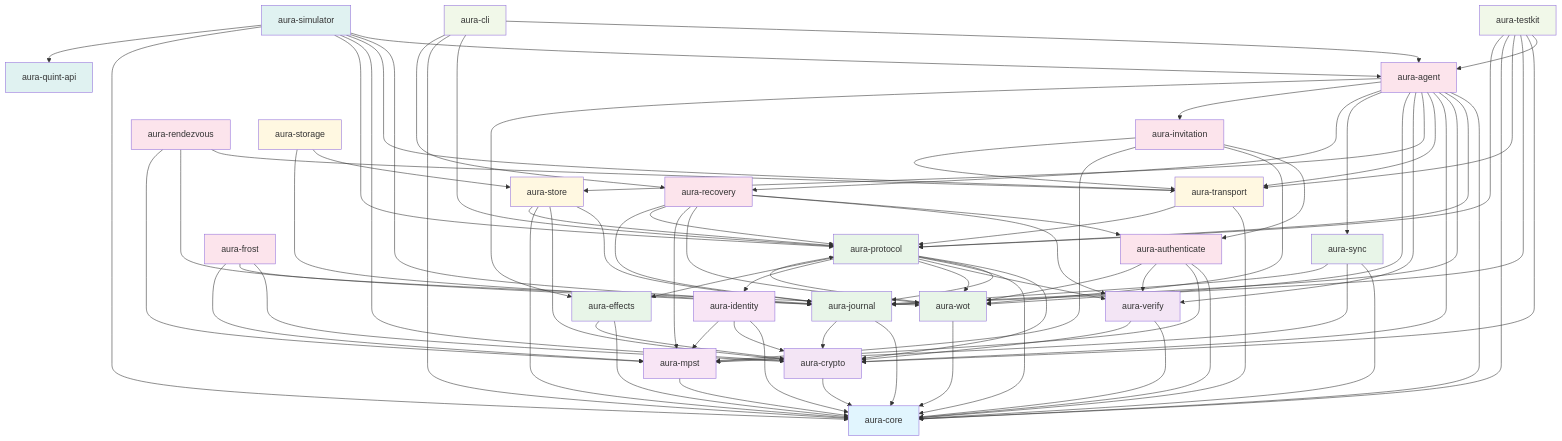
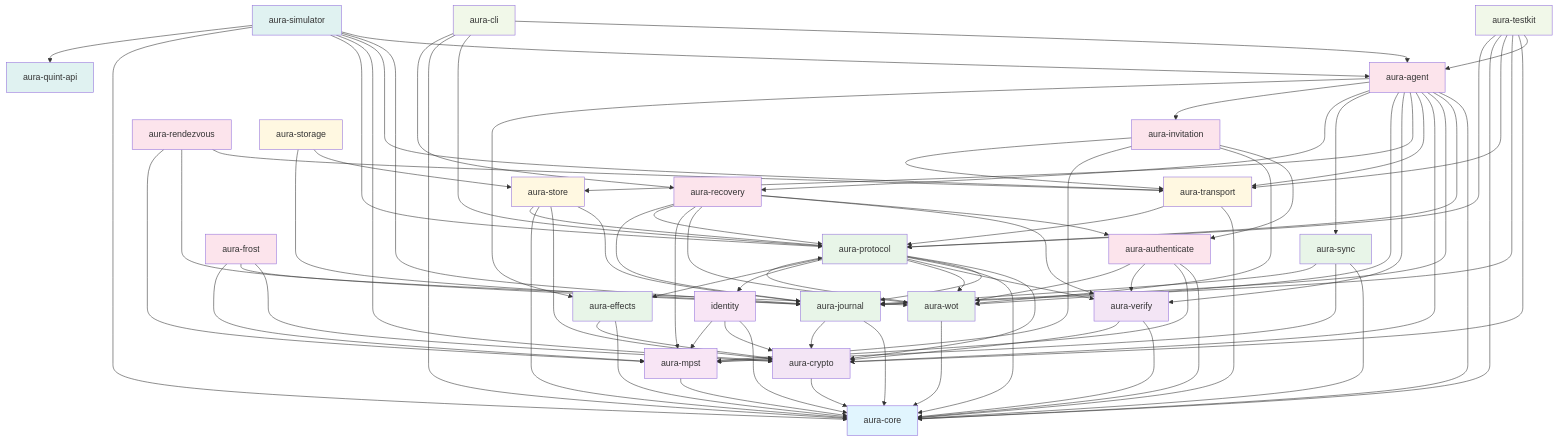
Before and after one commit to hxrts/aura: the diagram in docs/999_crate_wiring.md, drawn with Mermaid. The commit also changed other lines of this file and 372 other files, not shown here.

```diff
--- a/docs/999_crate_wiring.md
+++ b/docs/999_crate_wiring.md
@@ -47,7 +46,6 @@
 
     %% Type System & Protocol Specs
     mpst[aura-mpst]
-    identity[aura-identity]
 
     %% Protocol Infrastructure
     journal[aura-journal]
```
